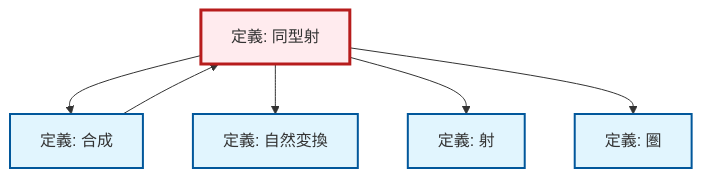
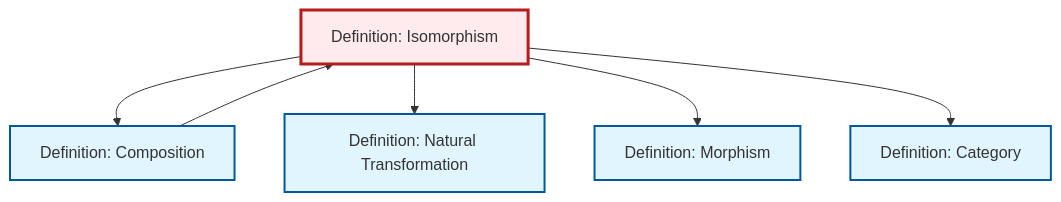
One commit to RK0429/ModernMath changed the diagram in content/ja/category-theory/def-isomorphism.qmd. Above: the diagram before and after it, drawn with Mermaid. The commit also changed 203 other files, not shown here.

````diff
--- a/content/ja/category-theory/def-isomorphism.qmd
+++ b/content/ja/category-theory/def-isomorphism.qmd
@@ -83,25 +83,20 @@
 ```{mermaid}
-%%| fig-cap: "局所依存関係グラフ"
+%%| fig-cap: "Local dependency graph"
 graph TD
     classDef definition fill:#e1f5fe,stroke:#01579b,stroke-width:2px
     classDef theorem fill:#f3e5f5,stroke:#4a148c,stroke-width:2px
     classDef axiom fill:#fff3e0,stroke:#e65100,stroke-width:2px
     classDef example fill:#e8f5e9,stroke:#1b5e20,stroke-width:2px
     classDef current fill:#ffebee,stroke:#b71c1c,stroke-width:3px
-    def-isomorphism["定義: 同型射"]:::definition
-    def-composition["定義: 合成"]:::definition
-    def-morphism["定義: 射"]:::definition
-    def-category["定義: 圏"]:::definition
-    def-natural-transformation["定義: 自然変換"]:::definition
+    def-isomorphism["Definition: Isomorphism"]:::definition
+    def-composition["Definition: Composition"]:::definition
+    def-morphism["Definition: Morphism"]:::definition
+    def-category["Definition: Category"]:::definition
+    def-natural-transformation["Definition: Natural Transformation"]:::definition
     def-isomorphism --> def-composition
     def-isomorphism --> def-natural-transformation
     def-isomorphism --> def-morphism
     def-composition --> def-isomorphism
     def-isomorphism --> def-category
     class def-isomorphism current
-
-    click def-composition "def-composition.html" "Go to 定義: 合成"
-    click def-morphism "def-morphism.html" "Go to 定義: 射"
-    click def-category "def-category.html" "Go to 定義: 圏"
-    click def-natural-transformation "def-natural-transformation.html" "Go to 定義: 自然変換"
 ```
````
